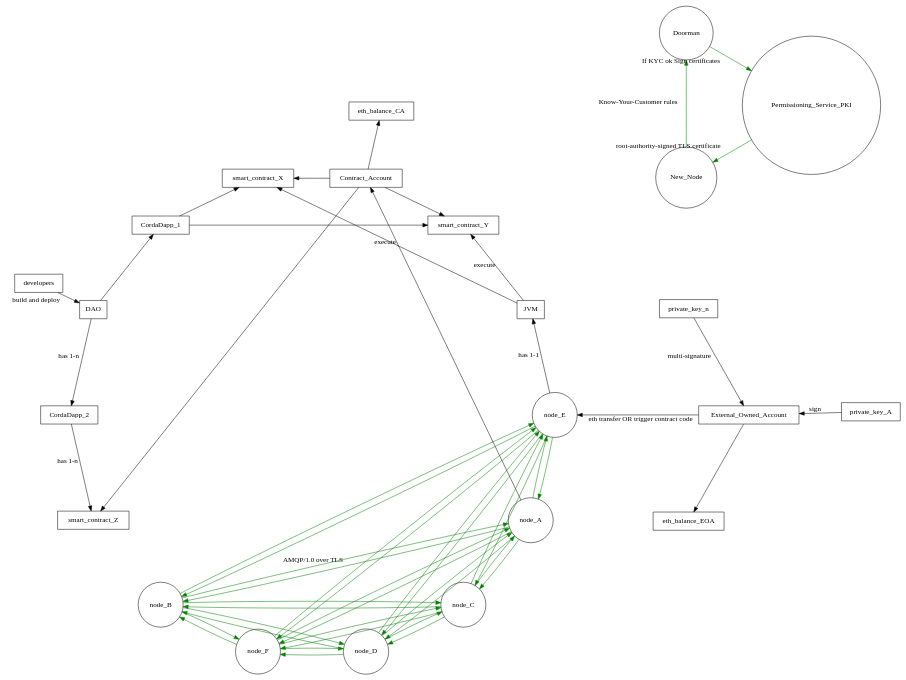
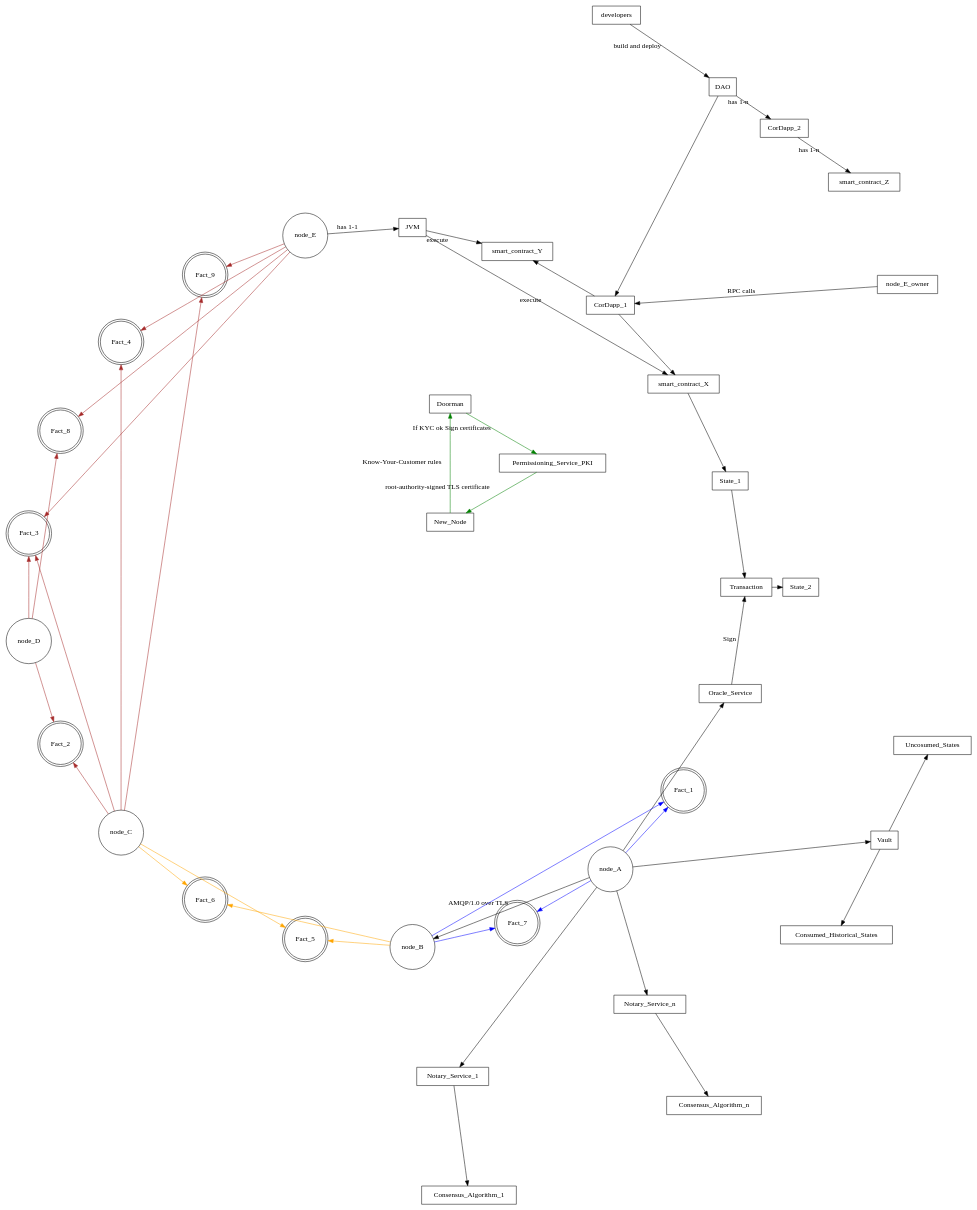
One commit to manilabay/blockchain-graphs changed the diagram in corda-architecture.dot. Above: the diagram before and after it, drawn with Graphviz. The commit also changed 1 other file, not shown here.

Commit message:
corda-architecture at 80%

```diff
--- a/corda-architecture.dot
+++ b/corda-architecture.dot
@@ -1,80 +1,83 @@
 digraph corda {
 
   layout="circo";
-  node [shape = circle];
+  node [shape=circle];
 
-  node_A -> node_B [label="AMQP/1.0 over TLS" color="green"];
-  node_A -> node_C [color="green"];
-  node_A -> node_D [color="green"];
-  node_A -> node_E [color="green"];
-  node_A -> node_F [color="green"];
+  rankdir=LR;
+  subgraph facts_by_node {
+    node [shape = circle];
+    Fact_1 [shape = doublecircle];
+    Fact_2 [shape = doublecircle];
+    Fact_3 [shape = doublecircle];
+    Fact_4 [shape = doublecircle];
+    Fact_5 [shape = doublecircle];
+    Fact_6 [shape = doublecircle];
+    Fact_7 [shape = doublecircle];
+    Fact_8 [shape = doublecircle];
+    Fact_9 [shape = doublecircle];
 
-  node_B -> node_A [color="green"];
-  node_B -> node_C [color="green"];
-  node_B -> node_D [color="green"];
-  node_B -> node_E [color="green"];
-  node_B -> node_F [color="green"];
+    node_A -> node_B [label="AMQP/1.0 over TLS" ];
 
-  node_C -> node_A [color="green"];
-  node_C -> node_B [color="green"];
-  node_C -> node_D [color="green"];
-  node_C -> node_E [color="green"];
-  node_C -> node_F [color="green"];
+    node_A -> Fact_1 [color="blue"];
+    node_A -> Fact_7 [color="blue"];
+    node_B -> Fact_1 [color="blue"];
+    node_B -> Fact_7 [color="blue"];
+    node_B -> Fact_5 [color="orange"];
+    node_B -> Fact_6 [color="orange"];
 
-  node_D -> node_A [color="green"];
-  node_D -> node_B [color="green"];
-  node_D -> node_C [color="green"];
-  node_D -> node_E [color="green"];
-  node_D -> node_F [color="green"];
+    node_C -> Fact_5 [color="orange"];
+    node_C -> Fact_6 [color="orange"];
+    node_C -> Fact_2 [color="brown"];
+    node_C -> Fact_9 [color="brown"];
+    node_C -> Fact_4 [color="brown"];
+    node_C -> Fact_3 [color="brown"];
+    node_D -> Fact_2 [color="brown"];
+    node_D -> Fact_3 [color="brown"];
+    node_D -> Fact_8 [color="brown"];
+    node_E -> Fact_3 [color="brown"];
+    node_E -> Fact_4 [color="brown"];
+    node_E -> Fact_8 [color="brown"];
+    node_E -> Fact_9 [color="brown"];
 
-  node_E -> node_A [color="green"];
-  node_E -> node_B [color="green"];
-  node_E -> node_C [color="green"];
-  node_E -> node_D [color="green"];
-  node_E -> node_F [color="green"];
-
-  node_F -> node_A [color="green"];
-  node_F -> node_B [color="green"];
-  node_F -> node_C [color="green"];
-  node_F -> node_D [color="green"];
-  node_F -> node_E [color="green"];
-
-  New_Node -> Doorman [label="Know-Your-Customer rules" color="green"];
-  Doorman -> Permissioning_Service_PKI [label="If KYC ok Sign certificates" color="green"];
-  Permissioning_Service_PKI -> New_Node [label="root-authority-signed TLS certificate" color="green"];
+  }
 
   rankdir=LR;
   subgraph components_by_node {
-
-  layout="dot";
-  node [shape = box];
+    node [shape = box];
 
     node_E -> JVM [label="has 1-1"];
+    node_E_owner -> CorDapp_1 [label="RPC calls"];
     JVM -> smart_contract_X [label="execute"];
     JVM -> smart_contract_Y [label="execute"];
-    node_A -> Contract_Account;
-    #node_E -> External_Owned_Account;
-    Contract_Account -> eth_balance_CA;
-    Contract_Account -> smart_contract_X;
-    Contract_Account -> smart_contract_Y;
-    Contract_Account -> smart_contract_Z;
-    External_Owned_Account -> eth_balance_EOA;
-    External_Owned_Account -> node_E [label="eth transfer OR trigger contract code"];
+    node_A -> Notary_Service_1;
+    node_A -> Notary_Service_n;
+    node_A -> Oracle_Service;
+    node_A -> Vault;
+    Vault -> Consumed_Historical_States;
+    Vault -> Uncosumed_States;
+
+
+    Notary_Service_1 -> Consensus_Algorithm_1;
+    Notary_Service_n -> Consensus_Algorithm_n;
+    Oracle_Service -> Transaction [label="Sign"];
 
     #Abstract objects
 
     developers -> DAO [label="build and deploy"];
-    DAO -> CordaDapp_1;
-    DAO -> CordaDapp_2 [label="has 1-n"];
-    CordaDapp_1 -> smart_contract_X;
-    CordaDapp_1 -> smart_contract_Y;
-    CordaDapp_2 -> smart_contract_Z [label="has 1-n"];
+    DAO -> CorDapp_1;
+    DAO -> CorDapp_2 [label="has 1-n"];
+    CorDapp_1 -> smart_contract_X;
+    CorDapp_1 -> smart_contract_Y;
+    CorDapp_2 -> smart_contract_Z [label="has 1-n"];
 
-    private_key_A -> External_Owned_Account [label="sign"];
-    private_key_n -> External_Owned_Account [label="multi-signature"];
+    smart_contract_X -> State_1;
+    State_1 -> Transaction;
+    Transaction -> State_2;
 
-
+    New_Node -> Doorman [label="Know-Your-Customer rules" color="green"];
+    Doorman -> Permissioning_Service_PKI [label="If KYC ok Sign certificates" color="green"];
+    Permissioning_Service_PKI -> New_Node [label="root-authority-signed TLS certificate" color="green"];
 
   }
 
 }
```
